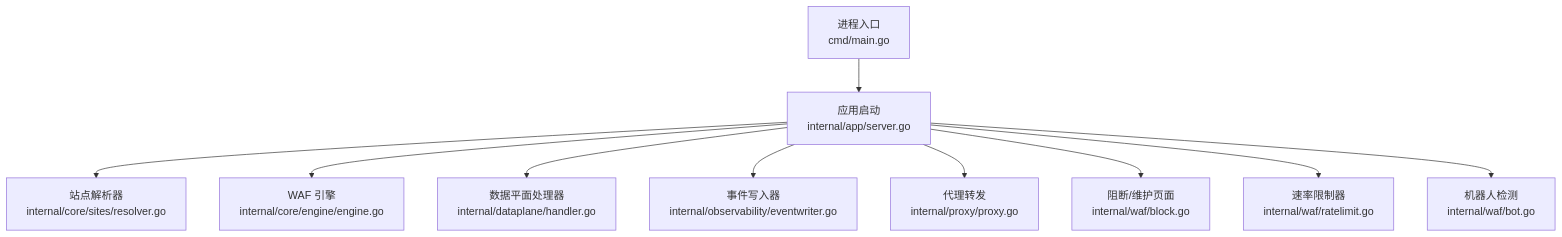
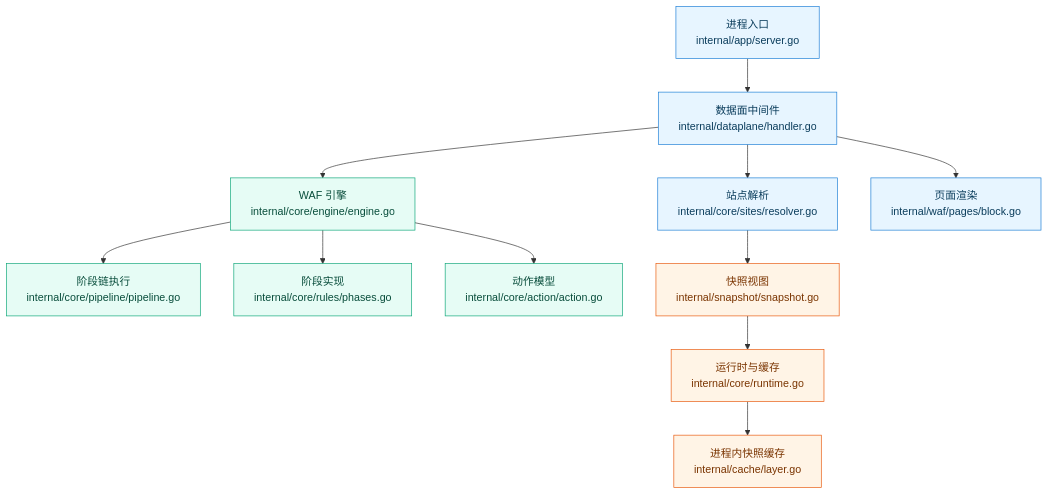
The first of 8 diagrams in docs/WAF 引擎系统/引擎核心架构/请求处理流程.md (x01n/My-OpenWaf), drawn with Mermaid before and after one commit. The commit also changed other lines of this file and 622 other files, not shown here.

````diff
--- a/docs/WAF 引擎系统/引擎核心架构/请求处理流程.md
+++ b/docs/WAF 引擎系统/引擎核心架构/请求处理流程.md
@@ -36,12 +53,19 @@
 ```mermaid
 graph TB
-A["进程入口<br/>cmd/main.go"] --> B["应用启动<br/>internal/app/server.go"]
-B --> C["站点解析器<br/>internal/core/sites/resolver.go"]
+A["进程入口<br/>internal/app/server.go"] --> B["数据面中间件<br/>internal/dataplane/handler.go"]
+B --> C["站点解析<br/>internal/core/sites/resolver.go"]
 B --> D["WAF 引擎<br/>internal/core/engine/engine.go"]
-B --> E["数据平面处理器<br/>internal/dataplane/handler.go"]
-B --> F["事件写入器<br/>internal/observability/eventwriter.go"]
-B --> G["代理转发<br/>internal/proxy/proxy.go"]
-B --> H["阻断/维护页面<br/>internal/waf/block.go"]
-B --> I["速率限制器<br/>internal/waf/ratelimit.go"]
-B --> J["机器人检测<br/>internal/waf/bot.go"]
+B --> E["页面渲染<br/>internal/waf/pages/block.go"]
+D --> F["阶段链执行<br/>internal/core/pipeline/pipeline.go"]
+D --> G["阶段实现<br/>internal/core/rules/phases.go"]
+D --> H["动作模型<br/>internal/core/action/action.go"]
+C --> I["快照视图<br/>internal/snapshot/snapshot.go"]
+I --> J["运行时与缓存<br/>internal/core/runtime.go"]
+J --> K["进程内快照缓存<br/>internal/cache/layer.go"]
+classDef dp fill:#e7f5ff,stroke:#1c7ed6,color:#0b3d5c
+classDef eng fill:#e6fcf5,stroke:#0ca678,color:#084d3b
+classDef cfg fill:#fff4e6,stroke:#e8590c,color:#7a3400
+class A,B,C,E dp
+class D,F,G,H eng
+class I,J,K cfg
 ```
````
